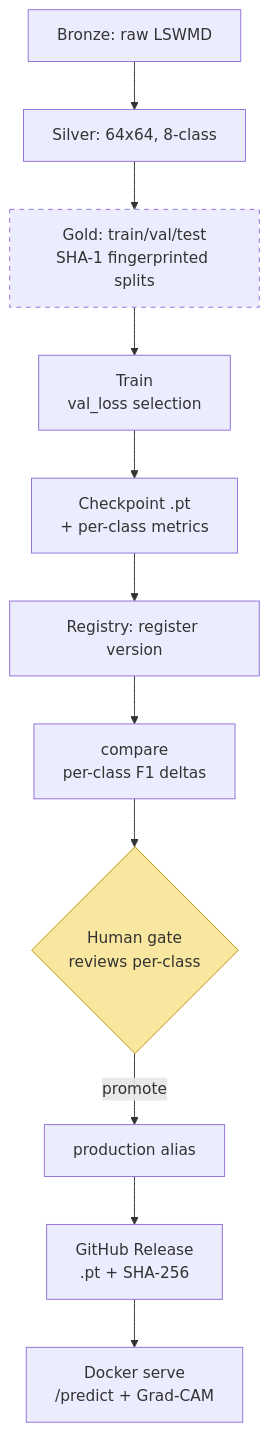
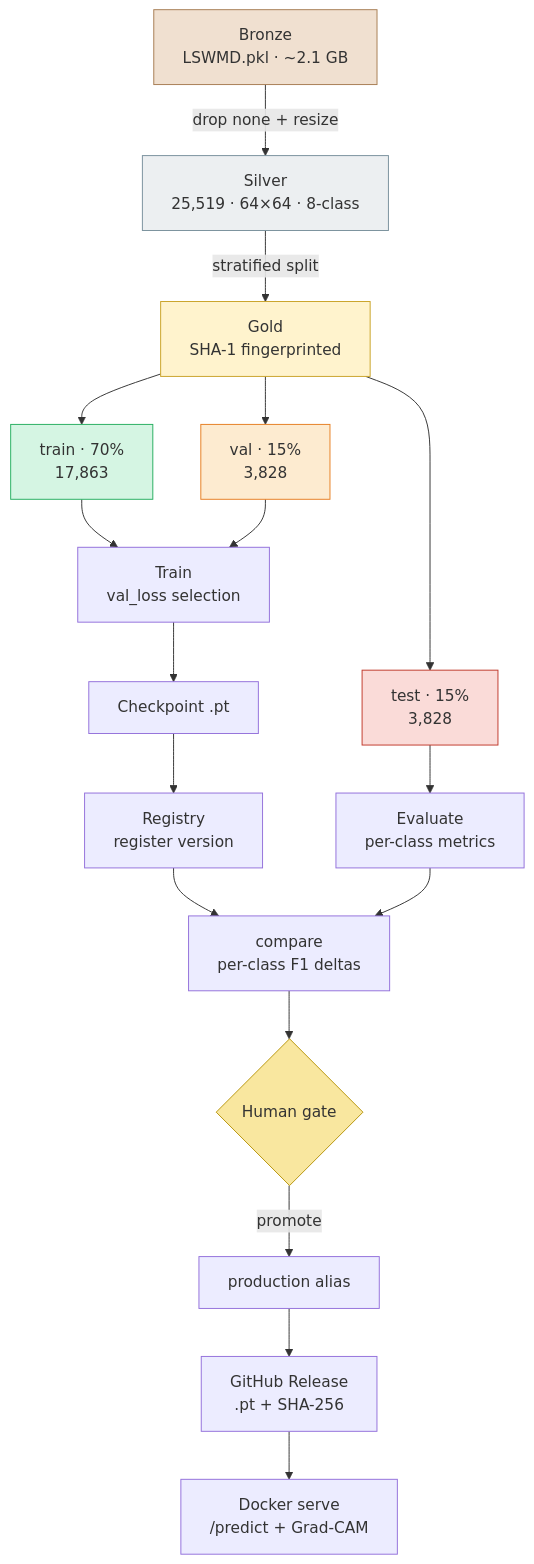
The diagram in README.md (pqtrng/wm811k-defect-detection), drawn with Mermaid before and after one commit. The commit also changed other lines of this file, not shown here.

Commit message:
docs: update architecture diagram with detailed data flow and layer definitions

````diff
--- a/README.md
+++ b/README.md
@@ -18,15 +18,38 @@
 ```mermaid
 flowchart TD
-    B[Bronze: raw LSWMD] --> S[Silver: 64x64, 8-class]
-    S --> G[Gold: train/val/test<br/>SHA-1 fingerprinted splits]
-    G --> T[Train<br/>val_loss selection]
-    T --> C[Checkpoint .pt<br/>+ per-class metrics]
-    C --> R[Registry: register version]
-    R --> CMP[compare<br/>per-class F1 deltas]
-    CMP --> H{Human gate<br/>reviews per-class}
-    H -->|promote| P[production alias]
-    P --> REL[GitHub Release<br/>.pt + SHA-256]
-    REL --> SV[Docker serve<br/>/predict + Grad-CAM]
-    style H fill: #f9e79f, stroke: #b7950b
-    style G stroke-dasharray: 5 5
+    B["Bronze<br/>LSWMD.pkl · ~2.1 GB"]
+    S["Silver<br/>25,519 · 64×64 · 8-class"]
+    G["Gold<br/>SHA-1 fingerprinted"]
+
+    B -->|drop none + resize| S
+    S -->|stratified split| G
+
+    G --> TR["train · 70%<br/>17,863"]
+    G --> VA["val · 15%<br/>3,828"]
+    G --> TE["test · 15%<br/>3,828"]
+
+    TR & VA --> T["Train<br/>val_loss selection"]
+    TE --> E["Evaluate<br/>per-class metrics"]
+
+    T --> C["Checkpoint .pt"] --> R["Registry<br/>register version"]
+    R & E --> CMP["compare<br/>per-class F1 deltas"]
+    CMP --> H{"Human gate"}
+    H -->|promote| P["production alias"]
+    P --> REL["GitHub Release<br/>.pt + SHA-256"]
+    REL --> SV["Docker serve<br/>/predict + Grad-CAM"]
+
+    classDef bronze fill:#f0e0d0,stroke:#a67c52
+    classDef silver fill:#eceff1,stroke:#78909c
+    classDef gold fill:#fff3cd,stroke:#c9a227
+    classDef train fill:#d5f5e3,stroke:#27ae60
+    classDef val fill:#fdebd0,stroke:#e67e22
+    classDef test fill:#fadbd8,stroke:#c0392b
+    classDef gate fill:#f9e79f,stroke:#b7950b
+    class B bronze
+    class S silver
+    class G gold
+    class TR train
+    class VA val
+    class TE test
+    class H gate
 ```
````
